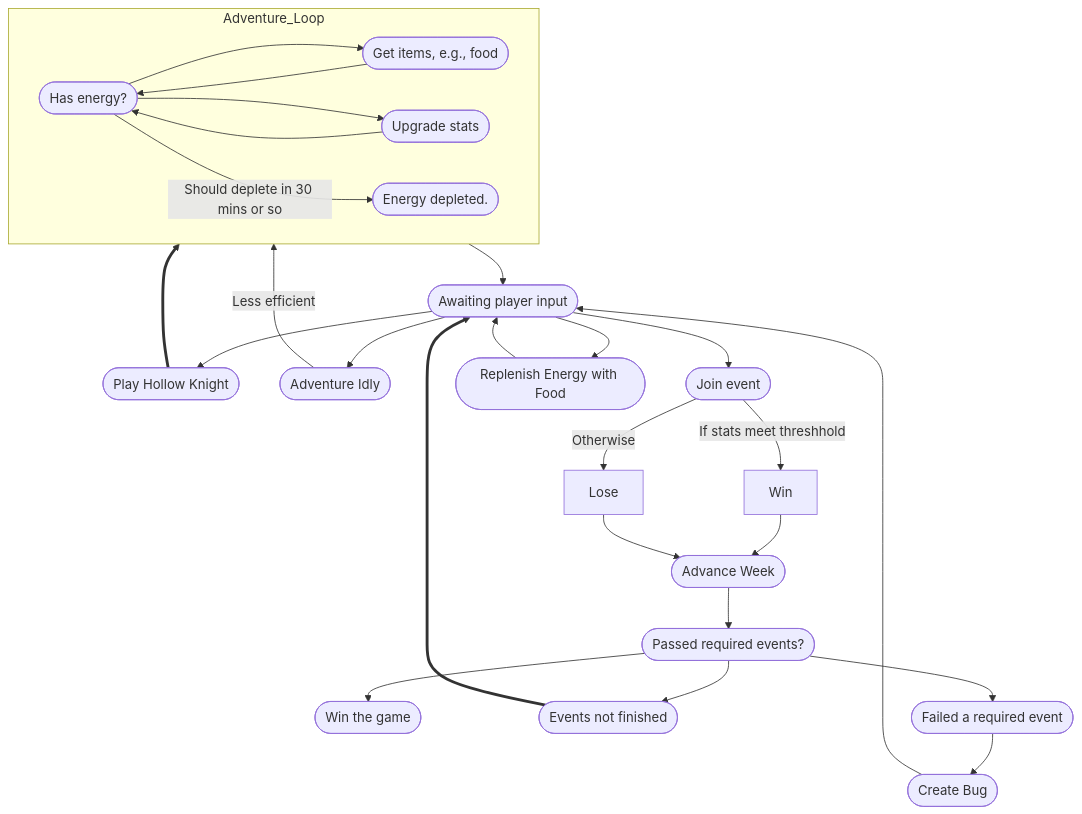
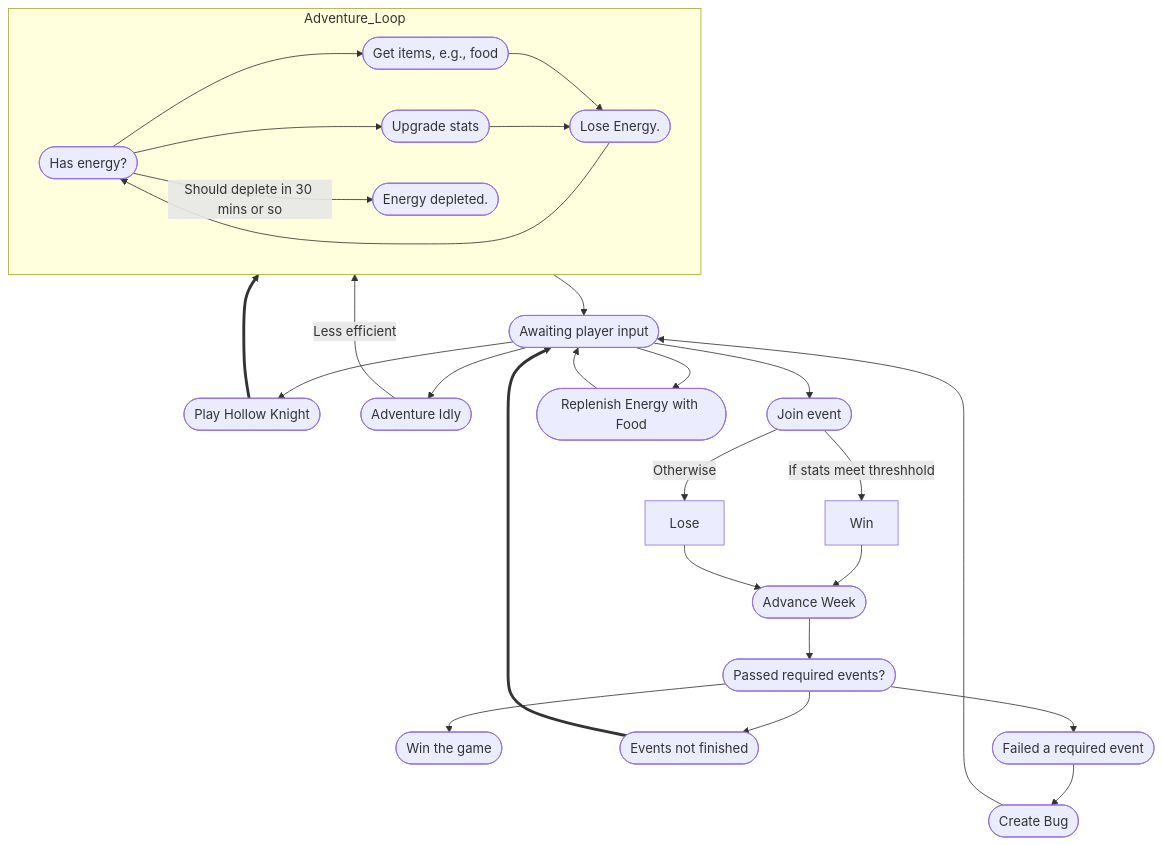
One commit to ambiguousname/secret-santa-2025 changed the diagram in DESIGN.md. Above: the diagram before and after it, drawn with Mermaid.

Commit message:
Further clarify what happens in the adventure loop

````diff
--- a/DESIGN.md
+++ b/DESIGN.md
@@ -3,41 +3,42 @@
 ```mermaid
 graph TD
 
 CREATE(["Create Bug"]) --> INPUT
 
 INPUT(["Awaiting player input"]) --> PLAY
 INPUT --> IDLE
 INPUT --> EVENT
 
 subgraph Adventure_Loop
 	ENERGY(["Has energy?"])
 	ENERGY --> ITEMS(["Get items, e.g., food"])
 	ENERGY --> SKILL(["Upgrade stats"])
 	ENERGY -->|Should deplete in 30 mins or so| NO_ENERGY(["Energy depleted."])
 
-	ITEMS --> ENERGY
-	SKILL --> ENERGY
+	ITEMS --> LOSE_ENERGY(["Lose Energy."])
+	SKILL --> LOSE_ENERGY
+	LOSE_ENERGY --> ENERGY
 end
 
 Adventure_Loop --> INPUT
 
 IDLE(["Adventure Idly"]) -->|Less efficient| Adventure_Loop
 PLAY(["Play Hollow Knight"]) ==> Adventure_Loop
 
 EVENT(["Join event"]) -->|If stats meet threshhold| Win
 EVENT -->|Otherwise| Lose
 
 Win --> ADVANCE(["Advance Week"])
 Lose --> ADVANCE
 
 INPUT --> FEED(["Replenish Energy with Food"])
 FEED --> INPUT
 
 
 ADVANCE --> WEEK(["Passed required events?"])
 WEEK --> SUCCESS(["Win the game"])
 WEEK --> UNFINISHED(["Events not finished"]) ==> INPUT
 
 WEEK --> FAILED(["Failed a required event"])
 FAILED --> CREATE
 ```
````
